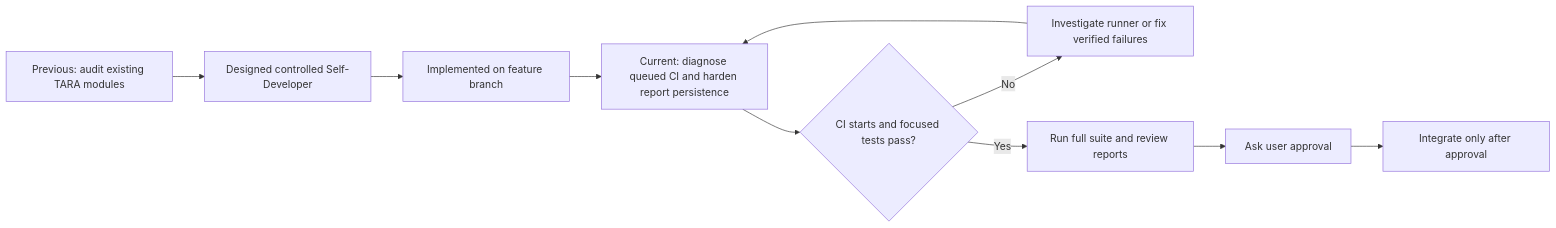
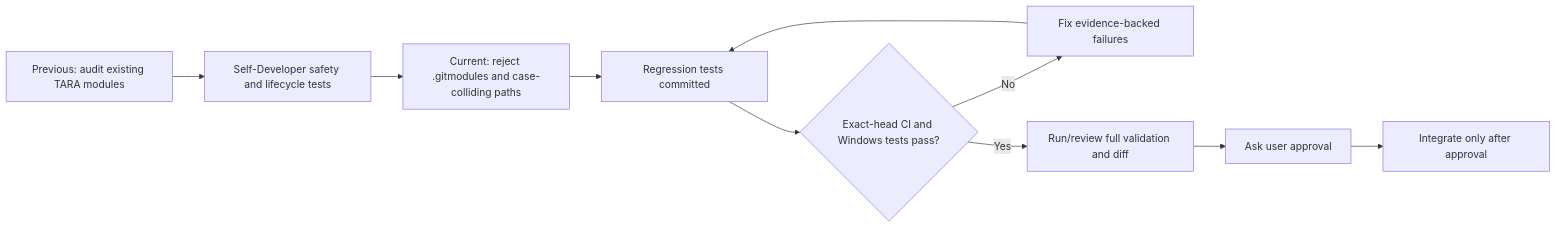
One commit to deathkernel/TARA changed the second of 17 diagrams in README.md. Above: the diagram before and after it, drawn with Mermaid. The commit also changed other lines of this file, not shown here.

````diff
--- a/README.md
+++ b/README.md
@@ -30,12 +30,12 @@
 ```mermaid
 flowchart LR
-    P[Previous: audit existing TARA modules] --> D[Designed controlled Self-Developer]
-    D --> I[Implemented on feature branch]
-    I --> C[Current: diagnose queued CI and harden report persistence]
-    C --> H{CI starts and focused tests pass?}
-    H -- No --> F[Investigate runner or fix verified failures]
-    F --> C
-    H -- Yes --> R[Run full suite and review reports]
+    P[Previous: audit existing TARA modules] --> D[Self-Developer safety and lifecycle tests]
+    D --> I[Current: reject .gitmodules and case-colliding paths]
+    I --> T[Regression tests committed]
+    T --> C{Exact-head CI and Windows tests pass?}
+    C -- No --> F[Fix evidence-backed failures]
+    F --> T
+    C -- Yes --> R[Run/review full validation and diff]
     R --> A[Ask user approval]
     A --> G[Integrate only after approval]
 ```
````
